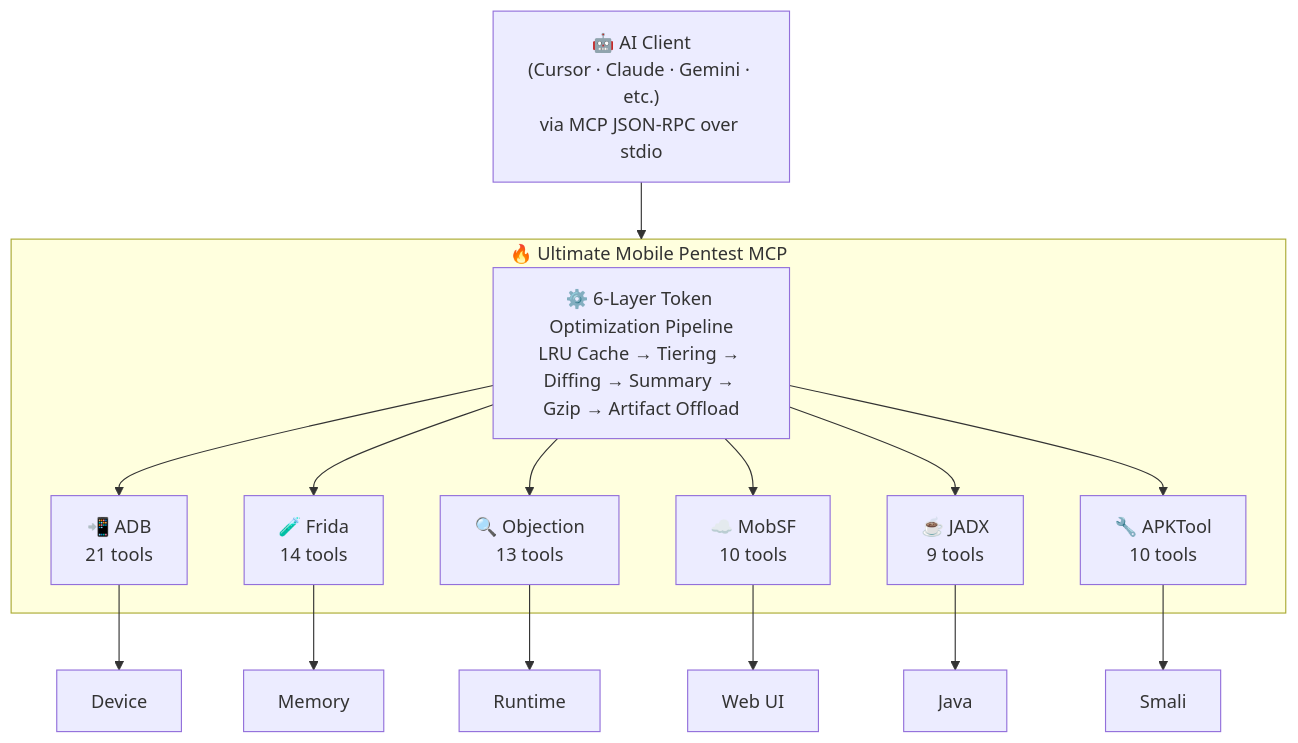
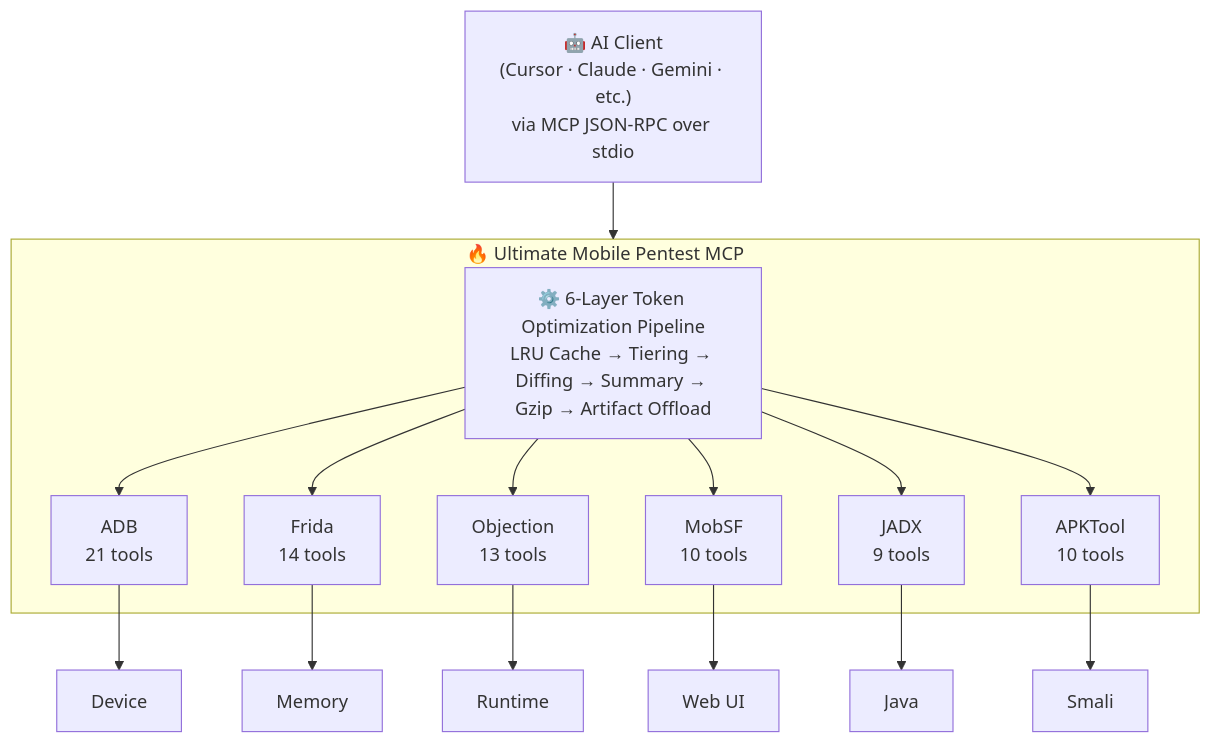
The diagram in README.md (Wael-Rd/ultimate-mobile-mcp), drawn with Mermaid before and after one commit. The commit also changed other lines of this file, not shown here.

````diff
--- a/README.md
+++ b/README.md
@@ -28,23 +28,23 @@
 ```mermaid
 flowchart TD
     A["🤖 AI Client\n(Cursor · Claude · Gemini · etc.)\nvia MCP JSON-RPC over stdio"]
     A --> B
 
     subgraph B["🔥 Ultimate Mobile Pentest MCP"]
         P["⚙️ 6-Layer Token Optimization Pipeline\nLRU Cache → Tiering → Diffing → Summary → Gzip → Artifact Offload"]
         P --> E1 & E2 & E3 & E4 & E5 & E6
-        E1["📲 ADB\n21 tools"]
-        E2["🧪 Frida\n14 tools"]
-        E3["🔍 Objection\n13 tools"]
-        E4["☁️ MobSF\n10 tools"]
-        E5["☕ JADX\n9 tools"]
-        E6["🔧 APKTool\n10 tools"]
+        E1[" ADB\n21 tools"]
+        E2[" Frida\n14 tools"]
+        E3[" Objection\n13 tools"]
+        E4[" MobSF\n10 tools"]
+        E5[" JADX\n9 tools"]
+        E6[" APKTool\n10 tools"]
     end
 
     E1 --> D1["Device"]
     E2 --> D2["Memory"]
     E3 --> D3["Runtime"]
     E4 --> D4["Web UI"]
     E5 --> D5["Java"]
     E6 --> D6["Smali"]
 ```
````
